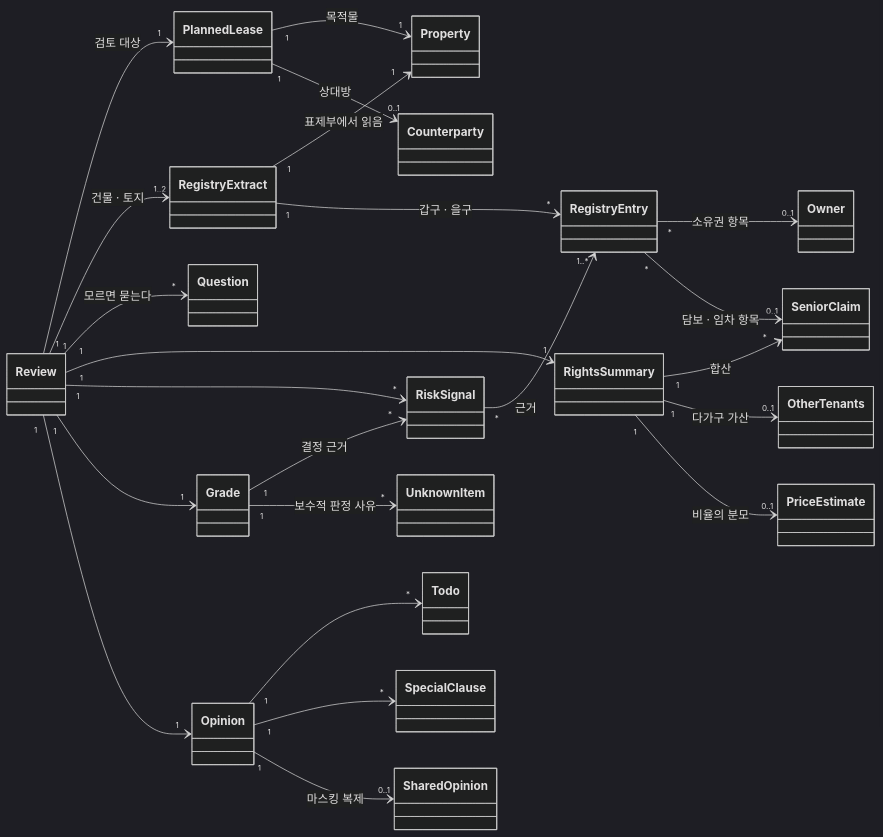
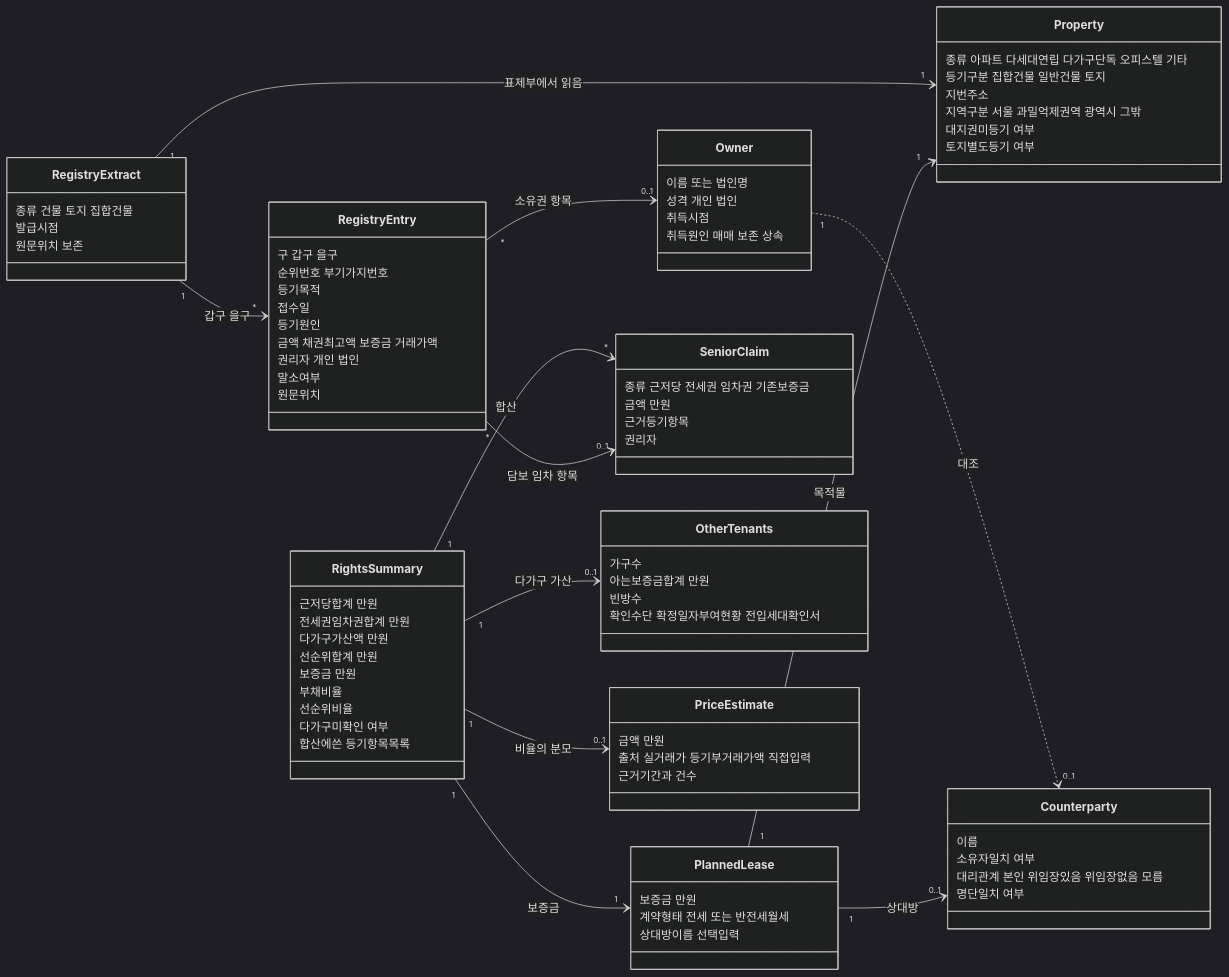
The first of 4 diagrams in docs/specs/06-DOM/JSD-DOM-001.md (HoyoungParkme/deposit-guard), drawn with Mermaid (dark theme) before and after one commit. The commit also changed other lines of this file, not shown here.

First line of the commit message:
개념 모델 고침 — 상태 다이어그램 문법 오류, 속성 누락

````diff
--- a/docs/specs/06-DOM/JSD-DOM-001.md
+++ b/docs/specs/06-DOM/JSD-DOM-001.md
@@ -55,46 +59,85 @@
 ```mermaid
 classDiagram
     direction LR
-    class Review
-    class PlannedLease
-    class Property
-    class Counterparty
-    class RegistryExtract
-    class RegistryEntry
-    class Owner
-    class SeniorClaim
-    class OtherTenants
-    class PriceEstimate
-    class RightsSummary
-    class RiskSignal
-    class Grade
-    class UnknownItem
-    class Question
-    class Opinion
-    class Todo
-    class SpecialClause
-    class SharedOpinion
+    class PlannedLease {
+        보증금 만원
+        계약형태 전세 또는 반전세월세
+        상대방이름 선택입력
+    }
+    class Property {
+        종류 아파트 다세대연립 다가구단독 오피스텔 기타
+        등기구분 집합건물 일반건물 토지
+        지번주소
+        지역구분 서울 과밀억제권역 광역시 그밖
+        대지권미등기 여부
+        토지별도등기 여부
+    }
+    class RegistryExtract {
+        종류 건물 토지 집합건물
+        발급시점
+        원문위치 보존
+    }
+    class RegistryEntry {
+        구 갑구 을구
+        순위번호 부기가지번호
+        등기목적
+        접수일
+        등기원인
+        금액 채권최고액 보증금 거래가액
+        권리자 개인 법인
+        말소여부
+        원문위치
+    }
+    class Owner {
+        이름 또는 법인명
+        성격 개인 법인
+        취득시점
+        취득원인 매매 보존 상속
+    }
+    class Counterparty {
+        이름
+        소유자일치 여부
+        대리관계 본인 위임장있음 위임장없음 모름
+        명단일치 여부
+    }
+    class SeniorClaim {
+        종류 근저당 전세권 임차권 기존보증금
+        금액 만원
+        근거등기항목
+        권리자
+    }
+    class OtherTenants {
+        가구수
+        아는보증금합계 만원
+        빈방수
+        확인수단 확정일자부여현황 전입세대확인서
+    }
+    class PriceEstimate {
+        금액 만원
+        출처 실거래가 등기부거래가액 직접입력
+        근거기간과 건수
+    }
+    class RightsSummary {
+        근저당합계 만원
+        전세권임차권합계 만원
+        다가구가산액 만원
+        선순위합계 만원
+        보증금 만원
+        부채비율
+        선순위비율
+        다가구미확인 여부
+        합산에쓴 등기항목목록
+    }
 
-    Review "1" --> "1" PlannedLease : 검토 대상
     PlannedLease "1" --> "1" Property : 목적물
     PlannedLease "1" --> "0..1" Counterparty : 상대방
-    Review "1" --> "1..2" RegistryExtract : 건물 · 토지
     RegistryExtract "1" --> "1" Property : 표제부에서 읽음
-    RegistryExtract "1" --> "*" RegistryEntry : 갑구 · 을구
+    RegistryExtract "1" --> "*" RegistryEntry : 갑구 을구
     RegistryEntry "*" --> "0..1" Owner : 소유권 항목
-    RegistryEntry "*" --> "0..1" SeniorClaim : 담보 · 임차 항목
-    Review "1" --> "*" Question : 모르면 묻는다
-    Review "1" --> "1" RightsSummary
+    RegistryEntry "*" --> "0..1" SeniorClaim : 담보 임차 항목
+    Owner "1" ..> "0..1" Counterparty : 대조
     RightsSummary "1" --> "*" SeniorClaim : 합산
     RightsSummary "1" --> "0..1" OtherTenants : 다가구 가산
     RightsSummary "1" --> "0..1" PriceEstimate : 비율의 분모
-    Review "1" --> "*" RiskSignal
-    RiskSignal "*" --> "1..*" RegistryEntry : 근거
-    Review "1" --> "1" Grade
-    Grade "1" --> "*" RiskSignal : 결정 근거
-    Grade "1" --> "*" UnknownItem : 보수적 판정 사유
-    Review "1" --> "1" Opinion
-    Opinion "1" --> "*" Todo
-    Opinion "1" --> "*" SpecialClause
-    Opinion "1" --> "0..1" SharedOpinion : 마스킹 복제
+    RightsSummary "1" --> "1" PlannedLease : 보증금
 ```
````
